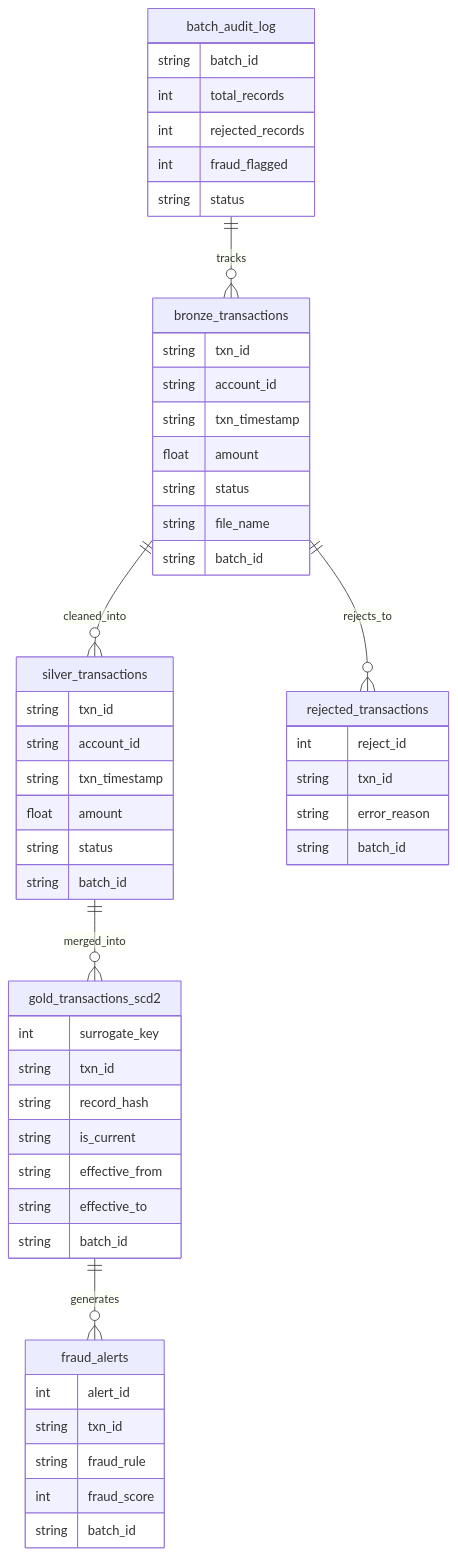
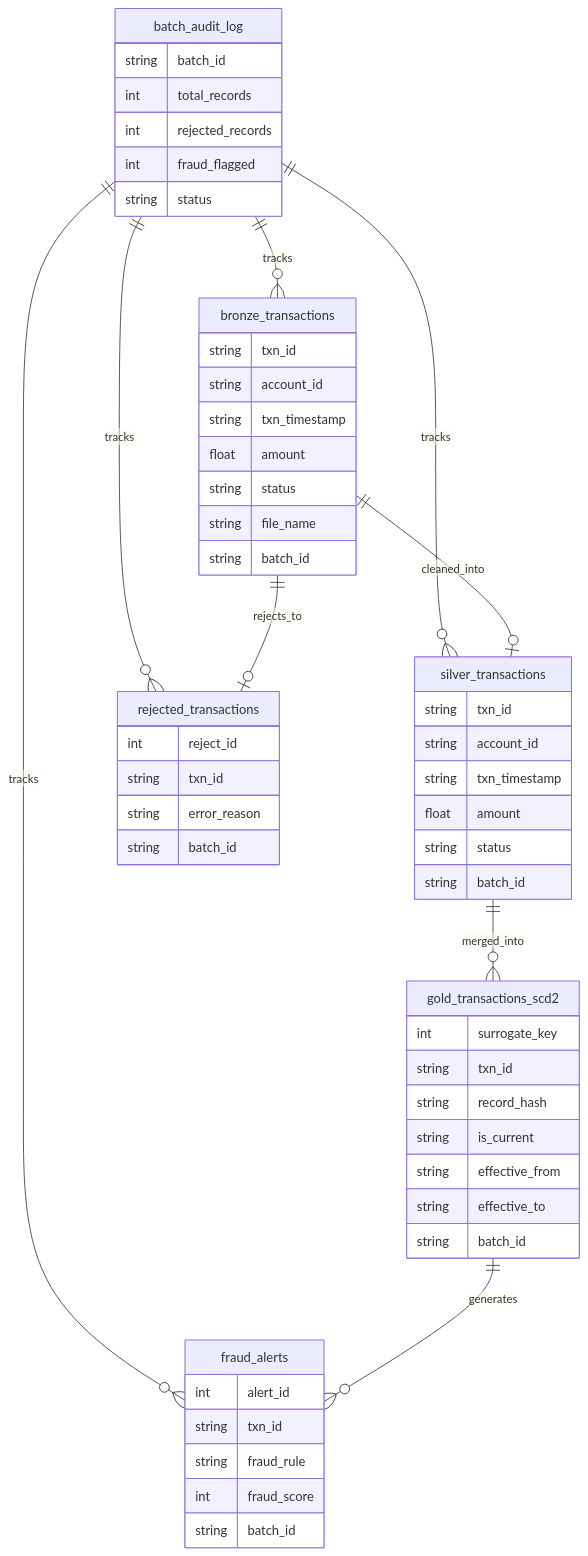
The diagram in README.md (Priya-pavani/bank-transaction-fraud-detection-pipeline), drawn with Mermaid before and after one commit.

Commit message:
Update database schema in README with new relationships

````diff
--- a/README.md
+++ b/README.md
@@ -191,60 +191,66 @@
 ```mermaid
 erDiagram
-    bronze_transactions ||--o{ silver_transactions : "cleaned_into"
+    batch_audit_log ||--o{ bronze_transactions : "tracks"
+    batch_audit_log ||--o{ silver_transactions : "tracks"
+    batch_audit_log ||--o{ rejected_transactions : "tracks"
+    batch_audit_log ||--o{ fraud_alerts : "tracks"
+
+    bronze_transactions ||--o| silver_transactions : "cleaned_into"
+    bronze_transactions ||--o| rejected_transactions : "rejects_to"
+
     silver_transactions ||--o{ gold_transactions_scd2 : "merged_into"
     gold_transactions_scd2 ||--o{ fraud_alerts : "generates"
-    bronze_transactions ||--o{ rejected_transactions : "rejects_to"
-    batch_audit_log ||--o{ bronze_transactions : "tracks"
 
     bronze_transactions {
         string txn_id
         string account_id
         string txn_timestamp
         float amount
         string status
         string file_name
         string batch_id
     }
 
     silver_transactions {
         string txn_id
         string account_id
         string txn_timestamp
         float amount
         string status
         string batch_id
     }
 
     gold_transactions_scd2 {
         int surrogate_key
         string txn_id
         string record_hash
         string is_current
         string effective_from
         string effective_to
         string batch_id
     }
 
     fraud_alerts {
         int alert_id
         string txn_id
         string fraud_rule
         int fraud_score
         string batch_id
     }
 
     rejected_transactions {
         int reject_id
         string txn_id
         string error_reason
         string batch_id
     }
 
     batch_audit_log {
         string batch_id
         int total_records
         int rejected_records
         int fraud_flagged
         string status
     }
+
 ```
````
